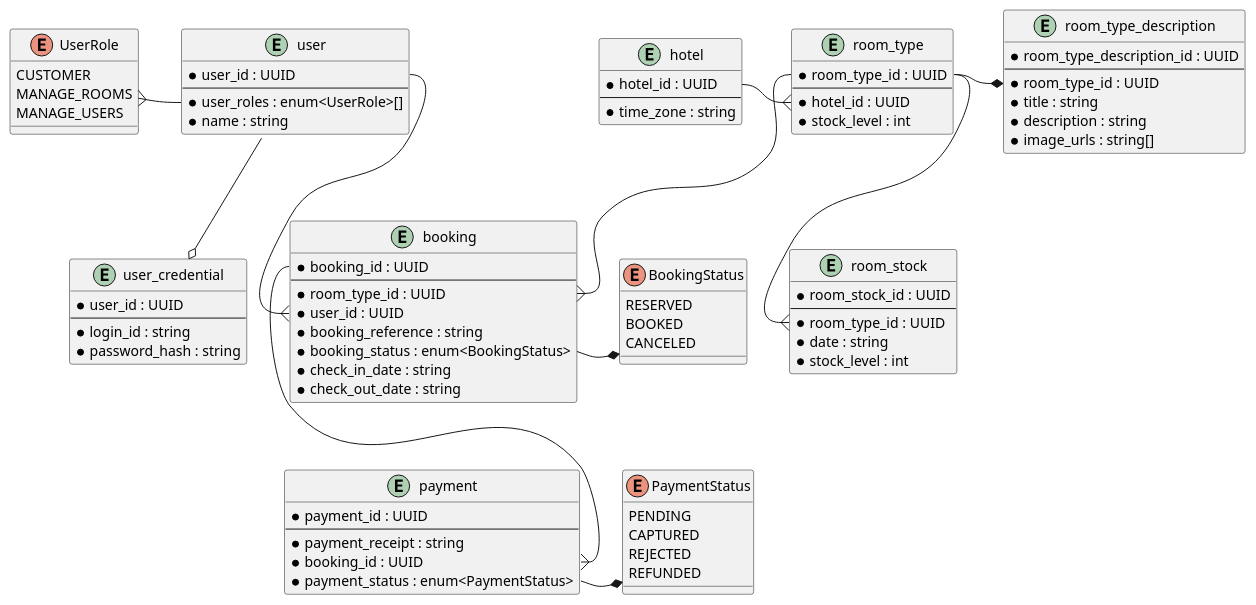
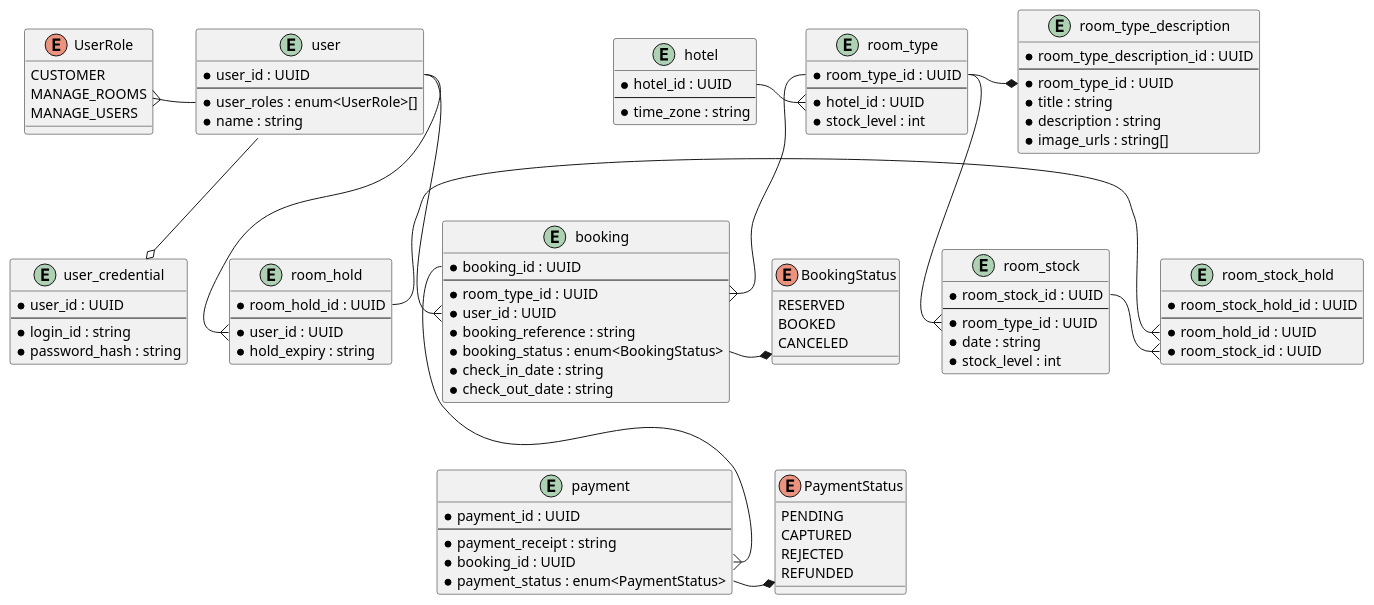
The diagram in be/db_schema.puml (Samour/hotel-booking), drawn with PlantUML before and after one commit.

Commit message:
Add room hold to DB schema

```diff
--- a/be/db_schema.puml
+++ b/be/db_schema.puml
@@ -1,109 +1,128 @@
 @startuml
 
 'User
 
 enum UserRole {
     CUSTOMER
     MANAGE_ROOMS
     MANAGE_USERS
 }
 
 entity user_credential {
     * user_id : UUID
     --
     * login_id : string
     * password_hash : string
 }
 
 entity user {
     * user_id : UUID
     --
     * user_roles : enum<UserRole>[]
     * name : string
 }
 
 user --o user_credential
 UserRole }- user::user_roles
 
 'Room
 
 entity hotel {
     * hotel_id : UUID
     --
     * time_zone : string
 }
 
 entity room_type {
     * room_type_id : UUID
     --
     * hotel_id : UUID
     * stock_level : int
 }
 
 hotel::hotel_id -{ room_type::hotel_id
 
 entity room_type_description {
     * room_type_description_id : UUID
     --
     * room_type_id : UUID
     * title : string
     * description : string
     * image_urls : string[]
 }
 
 room_type::room_type_id -* room_type_description::room_type_id
 
 entity room_stock {
     * room_stock_id : UUID
     --
     * room_type_id : UUID
     * date : string
     * stock_level : int
 }
 
 room_type::room_type_id --{ room_stock::room_type_id
 
+entity room_hold {
+    * room_hold_id : UUID
+    --
+    * user_id : UUID
+    * hold_expiry : string
+}
+
+user::user_id -{ room_hold::user_id
+
+entity room_stock_hold {
+    * room_stock_hold_id : UUID
+    --
+    * room_hold_id : UUID
+    * room_stock_id : UUID
+}
+
+room_hold::room_hold_id -{ room_stock_hold::room_hold_id
+room_stock::room_stock_id -{ room_stock_hold::room_stock_id
+
 'Booking
 
 enum BookingStatus {
     RESERVED
     BOOKED
     CANCELED
 }
 
 entity booking {
     * booking_id : UUID
     --
     * room_type_id : UUID
     * user_id : UUID
     * booking_reference : string
     * booking_status : enum<BookingStatus>
     * check_in_date : string
     * check_out_date : string
 }
 
 booking::booking_status -* BookingStatus
 user::user_id --{ booking::user_id
 room_type::room_type_id --{ booking::room_type_id
 
 'Payment
 
 enum PaymentStatus {
     PENDING
     CAPTURED
     REJECTED
     REFUNDED
 }
 
 entity payment {
     * payment_id : UUID
     --
     * payment_receipt : string
     * booking_id : UUID
     * payment_status : enum<PaymentStatus>
 }
 
 payment::payment_status -* PaymentStatus
 booking::booking_id --{ payment::booking_id
 
 @enduml
```
